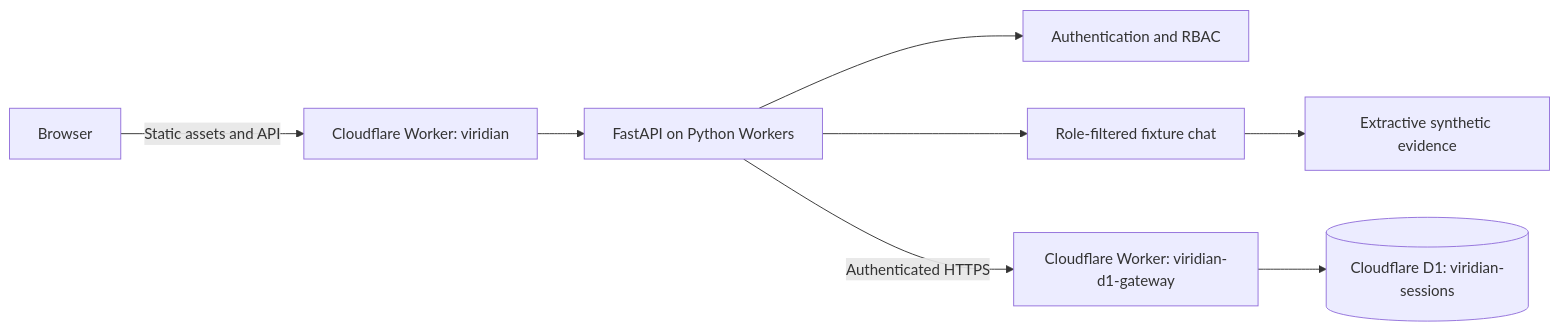
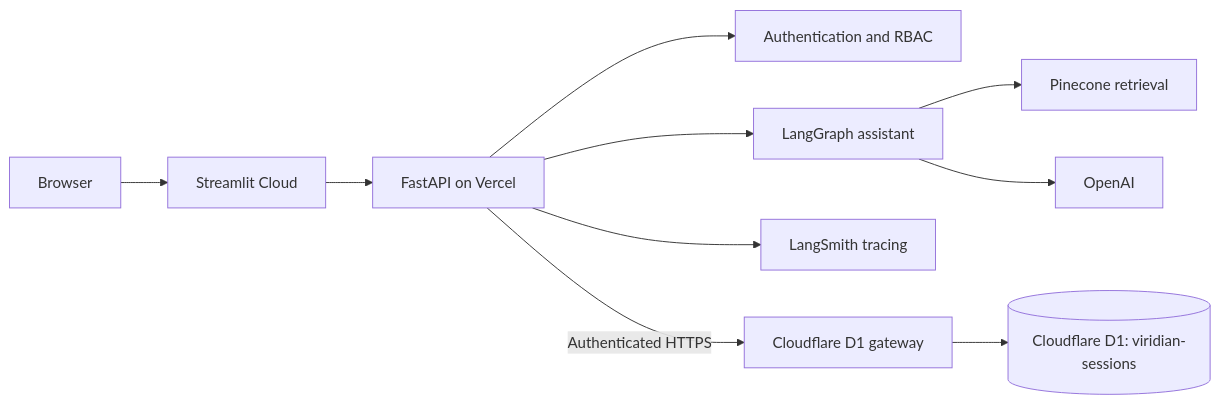
The diagram in README.md (Thavarshan/enterprise-knowledge-assistant), drawn with Mermaid before and after one commit. The commit also changed other lines of this file and 10 other files, not shown here.

Commit message:
Gate Vercel API deployment on CI

````diff
--- a/README.md
+++ b/README.md
@@ -25,10 +24,12 @@
 ```mermaid
 flowchart LR
-    B[Browser] -->|Static assets and API| W[Cloudflare Worker: viridian]
-    W --> API[FastAPI on Python Workers]
+    B[Browser] --> UI[Streamlit Cloud]
+    UI --> API[FastAPI on Vercel]
     API --> AUTH[Authentication and RBAC]
-    API --> CHAT[Role-filtered fixture chat]
-    CHAT --> RET[Extractive synthetic evidence]
-    API -->|Authenticated HTTPS| G[Cloudflare Worker: viridian-d1-gateway]
+    API --> CHAT[LangGraph assistant]
+    CHAT --> RET[Pinecone retrieval]
+    CHAT --> LLM[OpenAI]
+    API --> LS[LangSmith tracing]
+    API -->|Authenticated HTTPS| G[Cloudflare D1 gateway]
     G --> D1[(Cloudflare D1: viridian-sessions)]
 ```
````
